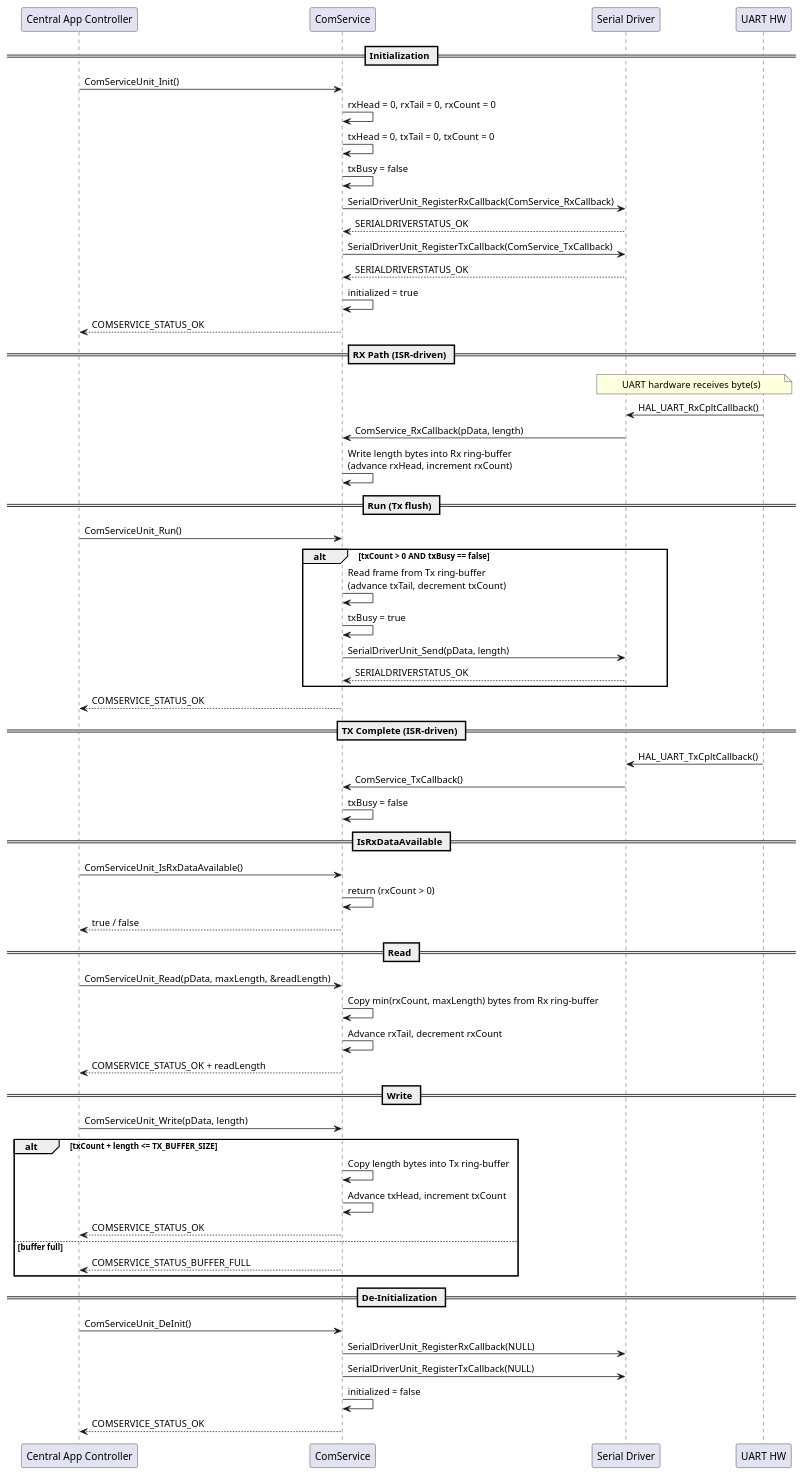
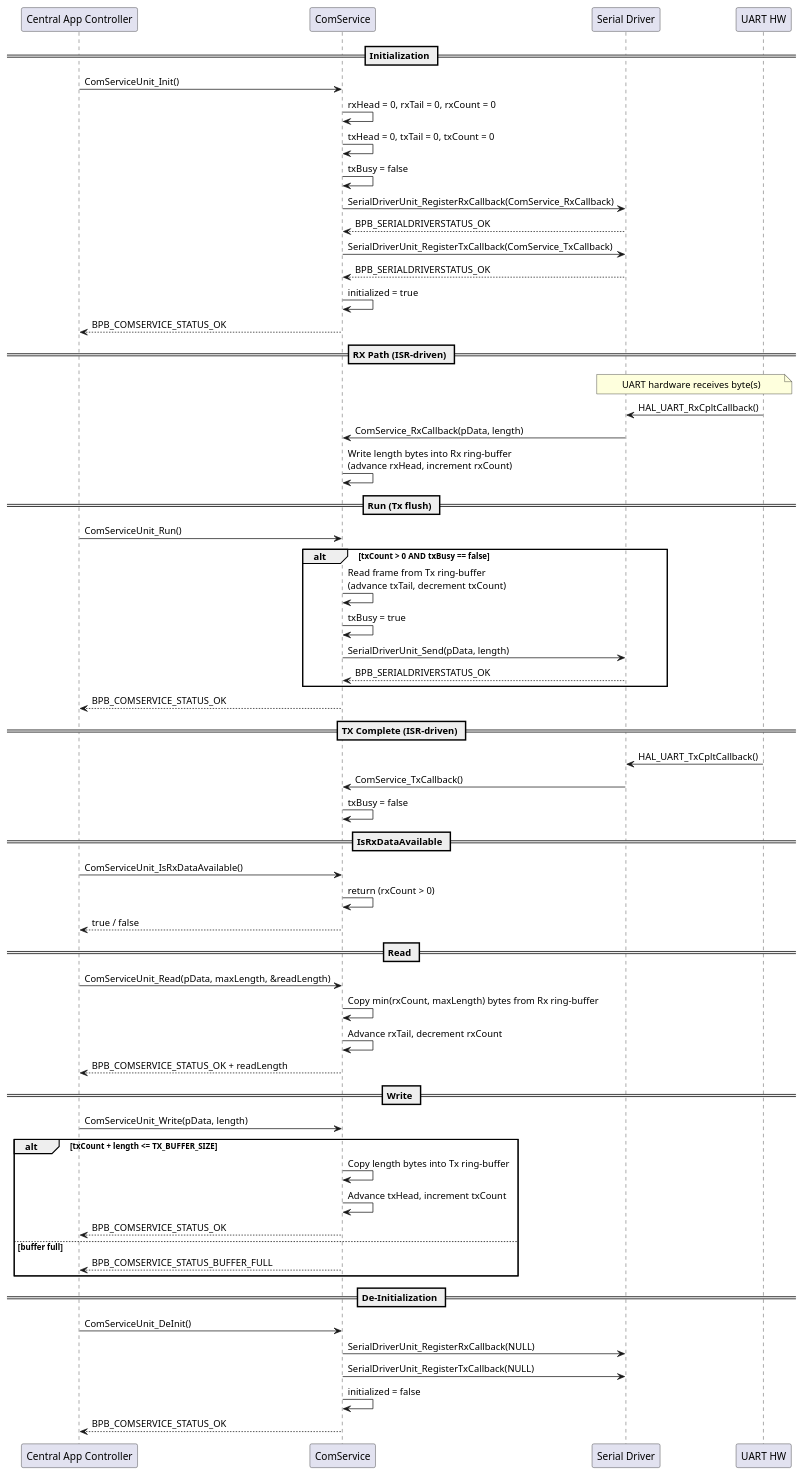
One commit to LinhTrucVo/Bico_Protocol_Bridge changed the diagram in 3_swComp/layer2Service/comService/2_design/comServiceSequenceDiagram.puml. Above: the diagram before and after it, drawn with PlantUML. The commit also changed 195 other files, not shown here.

```diff
--- a/3_swComp/layer2Service/comService/2_design/comServiceSequenceDiagram.puml
+++ b/3_swComp/layer2Service/comService/2_design/comServiceSequenceDiagram.puml
@@ -1,68 +1,68 @@
 @startuml comServiceSequenceDiagram
 participant "Central App Controller" as CAC
 participant "ComService" as COM
 participant "Serial Driver" as SD
 participant "UART HW" as HW
 
 == Initialization ==
 CAC -> COM : ComServiceUnit_Init()
 COM -> COM : rxHead = 0, rxTail = 0, rxCount = 0
 COM -> COM : txHead = 0, txTail = 0, txCount = 0
 COM -> COM : txBusy = false
 COM -> SD : SerialDriverUnit_RegisterRxCallback(ComService_RxCallback)
-SD --> COM : SERIALDRIVERSTATUS_OK
+SD --> COM : BPB_SERIALDRIVERSTATUS_OK
 COM -> SD : SerialDriverUnit_RegisterTxCallback(ComService_TxCallback)
-SD --> COM : SERIALDRIVERSTATUS_OK
+SD --> COM : BPB_SERIALDRIVERSTATUS_OK
 COM -> COM : initialized = true
-COM --> CAC : COMSERVICE_STATUS_OK
+COM --> CAC : BPB_COMSERVICE_STATUS_OK
 
 == RX Path (ISR-driven) ==
 note over HW, SD : UART hardware receives byte(s)
 HW -> SD : HAL_UART_RxCpltCallback()
 SD -> COM : ComService_RxCallback(pData, length)
 COM -> COM : Write length bytes into Rx ring-buffer\n(advance rxHead, increment rxCount)
 
 == Run (Tx flush) ==
 CAC -> COM : ComServiceUnit_Run()
 alt txCount > 0 AND txBusy == false
     COM -> COM : Read frame from Tx ring-buffer\n(advance txTail, decrement txCount)
     COM -> COM : txBusy = true
     COM -> SD : SerialDriverUnit_Send(pData, length)
-    SD --> COM : SERIALDRIVERSTATUS_OK
+    SD --> COM : BPB_SERIALDRIVERSTATUS_OK
 end
-COM --> CAC : COMSERVICE_STATUS_OK
+COM --> CAC : BPB_COMSERVICE_STATUS_OK
 
 == TX Complete (ISR-driven) ==
 HW -> SD : HAL_UART_TxCpltCallback()
 SD -> COM : ComService_TxCallback()
 COM -> COM : txBusy = false
 
 == IsRxDataAvailable ==
 CAC -> COM : ComServiceUnit_IsRxDataAvailable()
 COM -> COM : return (rxCount > 0)
 COM --> CAC : true / false
 
 == Read ==
 CAC -> COM : ComServiceUnit_Read(pData, maxLength, &readLength)
 COM -> COM : Copy min(rxCount, maxLength) bytes from Rx ring-buffer
 COM -> COM : Advance rxTail, decrement rxCount
-COM --> CAC : COMSERVICE_STATUS_OK + readLength
+COM --> CAC : BPB_COMSERVICE_STATUS_OK + readLength
 
 == Write ==
 CAC -> COM : ComServiceUnit_Write(pData, length)
 alt txCount + length <= TX_BUFFER_SIZE
     COM -> COM : Copy length bytes into Tx ring-buffer
     COM -> COM : Advance txHead, increment txCount
-    COM --> CAC : COMSERVICE_STATUS_OK
+    COM --> CAC : BPB_COMSERVICE_STATUS_OK
 else buffer full
-    COM --> CAC : COMSERVICE_STATUS_BUFFER_FULL
+    COM --> CAC : BPB_COMSERVICE_STATUS_BUFFER_FULL
 end
 
 == De-Initialization ==
 CAC -> COM : ComServiceUnit_DeInit()
 COM -> SD : SerialDriverUnit_RegisterRxCallback(NULL)
 COM -> SD : SerialDriverUnit_RegisterTxCallback(NULL)
 COM -> COM : initialized = false
-COM --> CAC : COMSERVICE_STATUS_OK
+COM --> CAC : BPB_COMSERVICE_STATUS_OK
 
 @enduml
```
